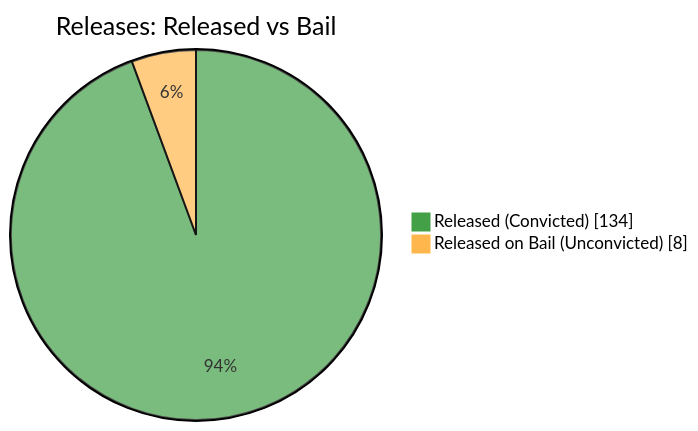
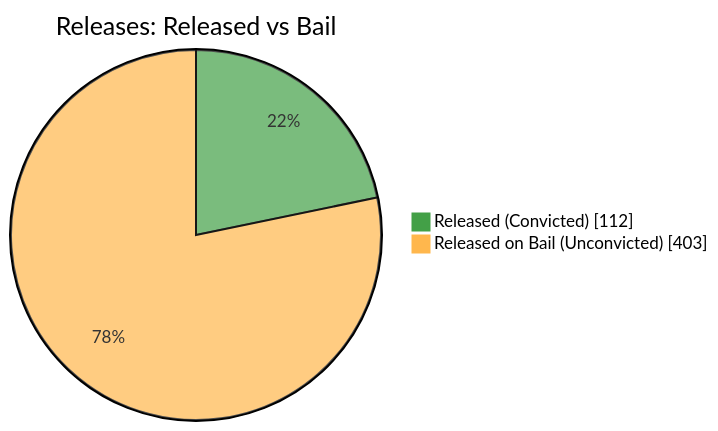
The fifth of 7 diagrams in README.md (nuuuwan/lk_prisons), drawn with Mermaid before and after one commit. The commit also changed other lines of this file and 1 other file, not shown here.

````diff
--- a/README.md
+++ b/README.md
@@ -87,6 +87,6 @@
 ```mermaid
 %%{init: {'themeVariables': {'pie1': '#43A047', 'pie2': '#FFB74D'}}}%%
 pie showData title Releases: Released vs Bail
-    "Released (Convicted)" : 134
-    "Released on Bail (Unconvicted)" : 8
+    "Released (Convicted)" : 112
+    "Released on Bail (Unconvicted)" : 403
 ```
````
